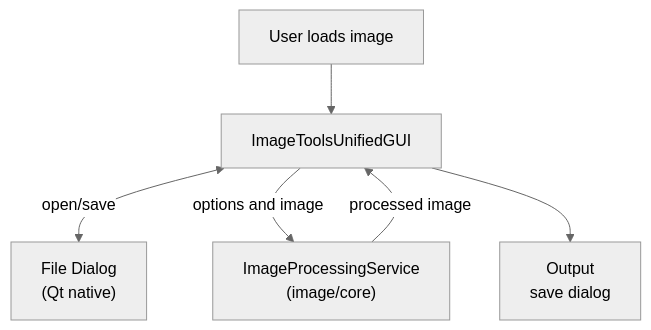
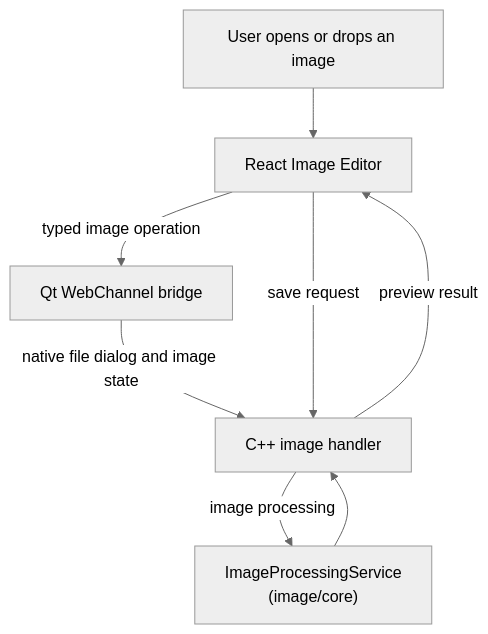
One commit to LotusAndCompany/devtools changed the fifth of 9 diagrams in docs/development/architecture.md. Above: the diagram before and after it, drawn with Mermaid (neutral theme). The commit also changed other lines of this file and 37 other files, not shown here.

````diff
--- a/docs/development/architecture.md
+++ b/docs/development/architecture.md
@@ -169,8 +188,10 @@
 ```mermaid
 flowchart TD
-    user["User loads image"] --> gui["ImageToolsUnifiedGUI"]
-    gui <-->|"open/save"| dialog["File Dialog<br/>(Qt native)"]
-    gui -->|"options and image"| core["ImageProcessingService<br/>(image/core)"]
-    core -->|"processed image"| gui
-    gui --> output["Output<br/>save dialog"]
+    user["User opens or drops an image"] --> screen["React Image Editor"]
+    screen -->|"typed image operation"| bridge["Qt WebChannel bridge"]
+    bridge -->|"native file dialog and image state"| handler["C++ image handler"]
+    handler -->|"image processing"| core["ImageProcessingService<br/>(image/core)"]
+    core --> handler
+    handler -->|"preview result"| screen
+    screen -->|"save request"| handler
 ```
````
